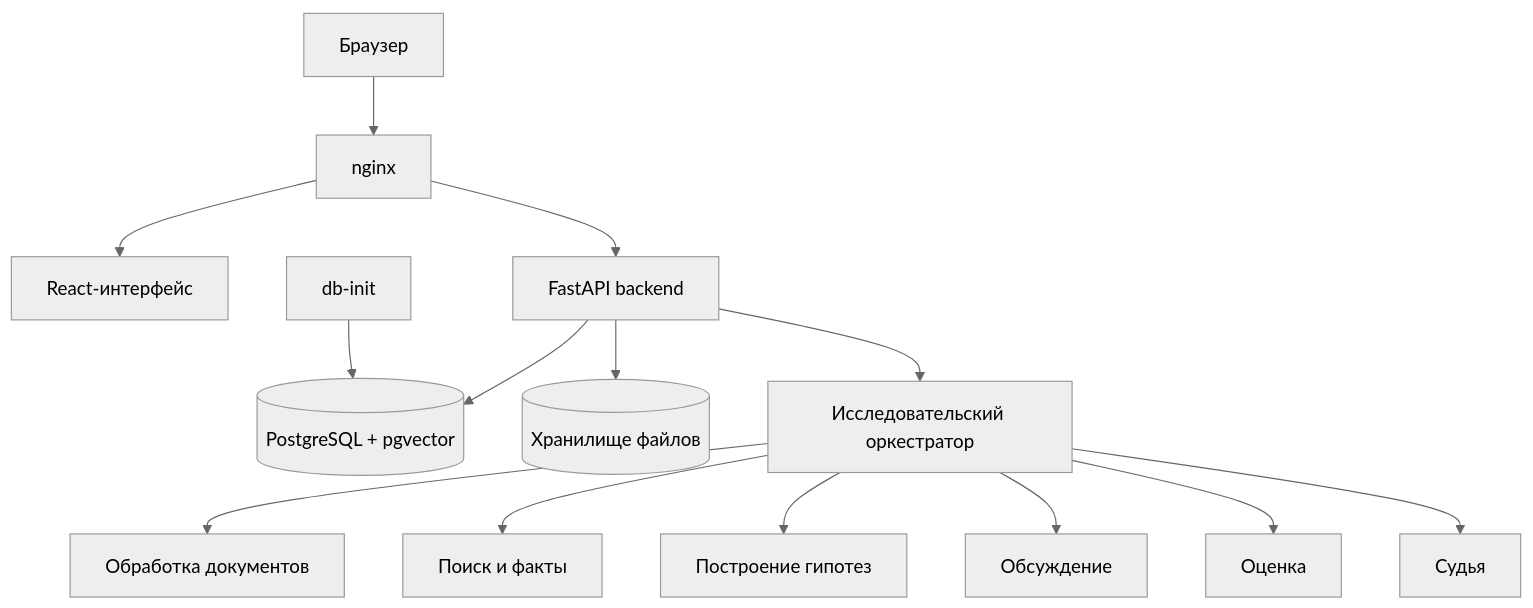
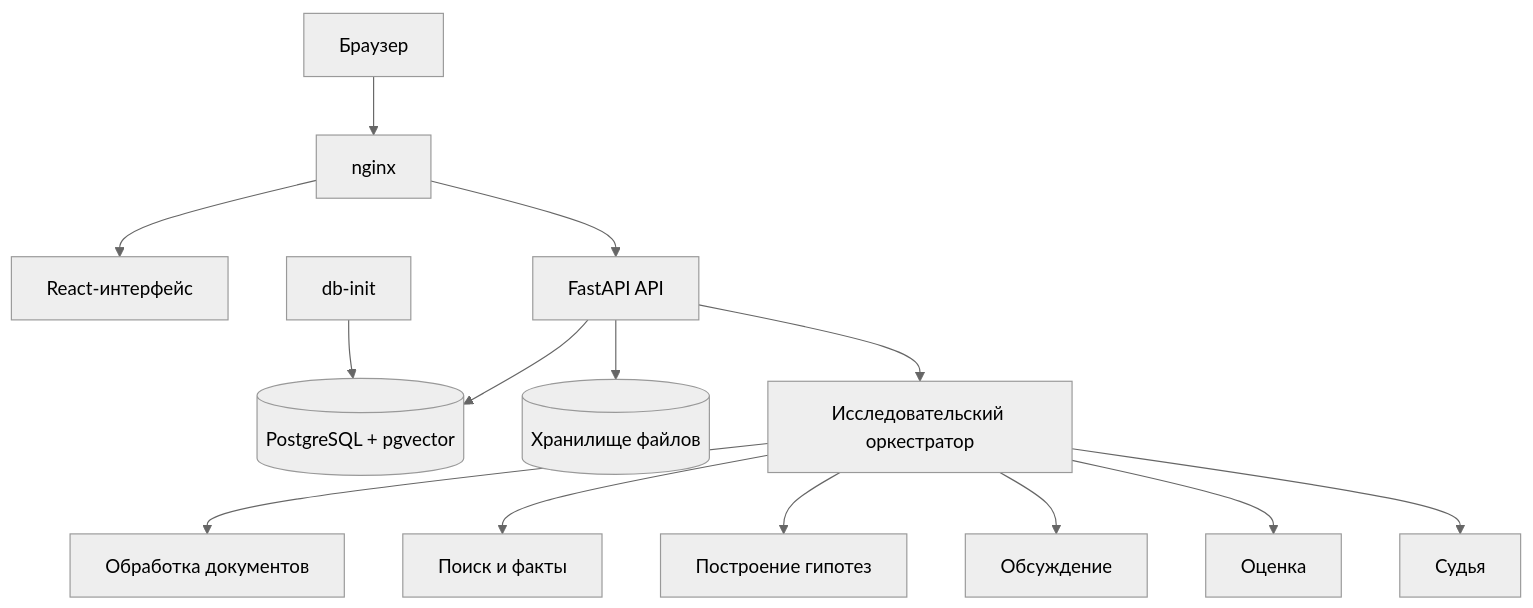
One commit to KroJIak/hypothesis-court changed the diagram in README.md. Above: the diagram before and after it, drawn with Mermaid (neutral theme). The commit also changed other lines of this file and 2 other files, not shown here.

````diff
--- a/README.md
+++ b/README.md
@@ -169,16 +132,16 @@
 ```mermaid
 flowchart TD
     U[Браузер] --> N[nginx]
     N --> FE[React-интерфейс]
-    N --> API[FastAPI backend]
+    N --> API[FastAPI API]
     API --> DB[(PostgreSQL + pgvector)]
     API --> STORE[(Хранилище файлов)]
     DBI[db-init] --> DB
     API --> ORCH[Исследовательский оркестратор]
     ORCH --> DOC[Обработка документов]
     ORCH --> RET[Поиск и факты]
     ORCH --> HYP[Построение гипотез]
     ORCH --> DEB[Обсуждение]
     ORCH --> EVA[Оценка]
     ORCH --> J[Судья]
 ```
````
